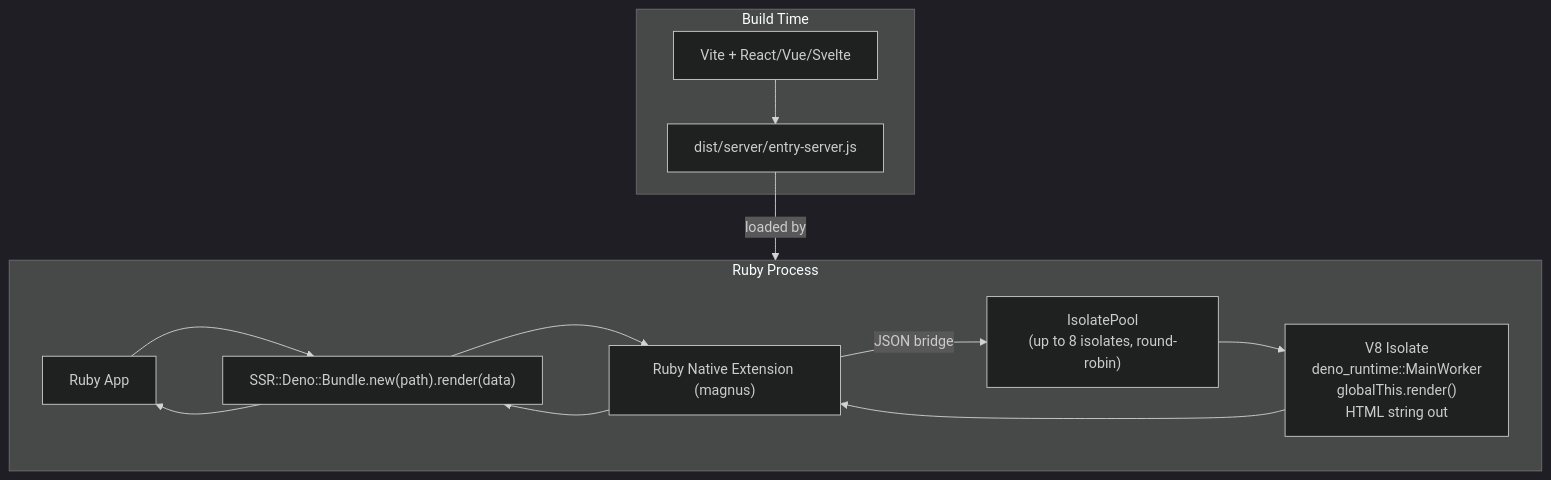
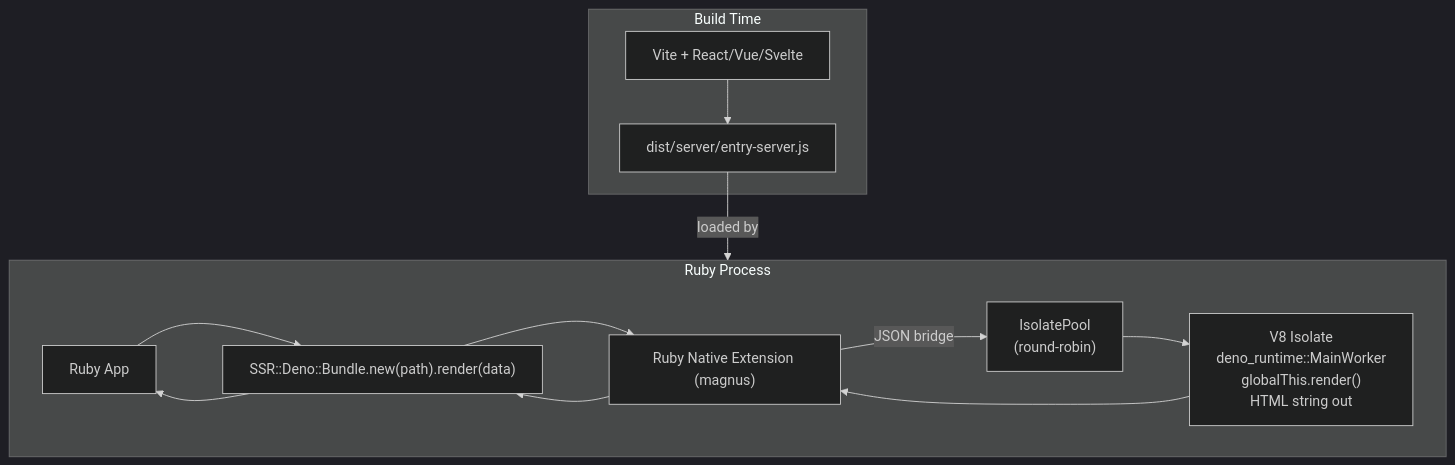
Before and after one commit to mdesantis/ssr-deno: the first of 3 diagrams in docs/architecture.md, drawn with Mermaid (dark theme). The commit also changed other lines of this file and 8 other files, not shown here.

````diff
--- a/docs/architecture.md
+++ b/docs/architecture.md
@@ -9,16 +9,16 @@
 ```mermaid
 flowchart TB
     subgraph BuildTime["Build Time"]
         Vite["Vite + React/Vue/Svelte"] --> Dist["dist/server/entry-server.js"]
     end
     Dist -->|loaded by| RubyProcess
     subgraph RubyProcess["Ruby Process"]
         RubyApp["Ruby App"] --> SSRBundle["SSR::Deno::Bundle.new(path).render(data)"]
         SSRBundle --> NativeExt["Ruby Native Extension (magnus)"]
-        NativeExt -->|JSON bridge| Pool["IsolatePool<br/>(up to 8 isolates, round-robin)"]
+        NativeExt -->|JSON bridge| Pool["IsolatePool<br/>(round-robin)"]
         Pool --> Isolate["V8 Isolate<br/>deno_runtime::MainWorker<br/>globalThis.render()<br/>HTML string out"]
         Isolate --> NativeExt
         NativeExt --> SSRBundle
         SSRBundle --> RubyApp
     end
 ```
````
